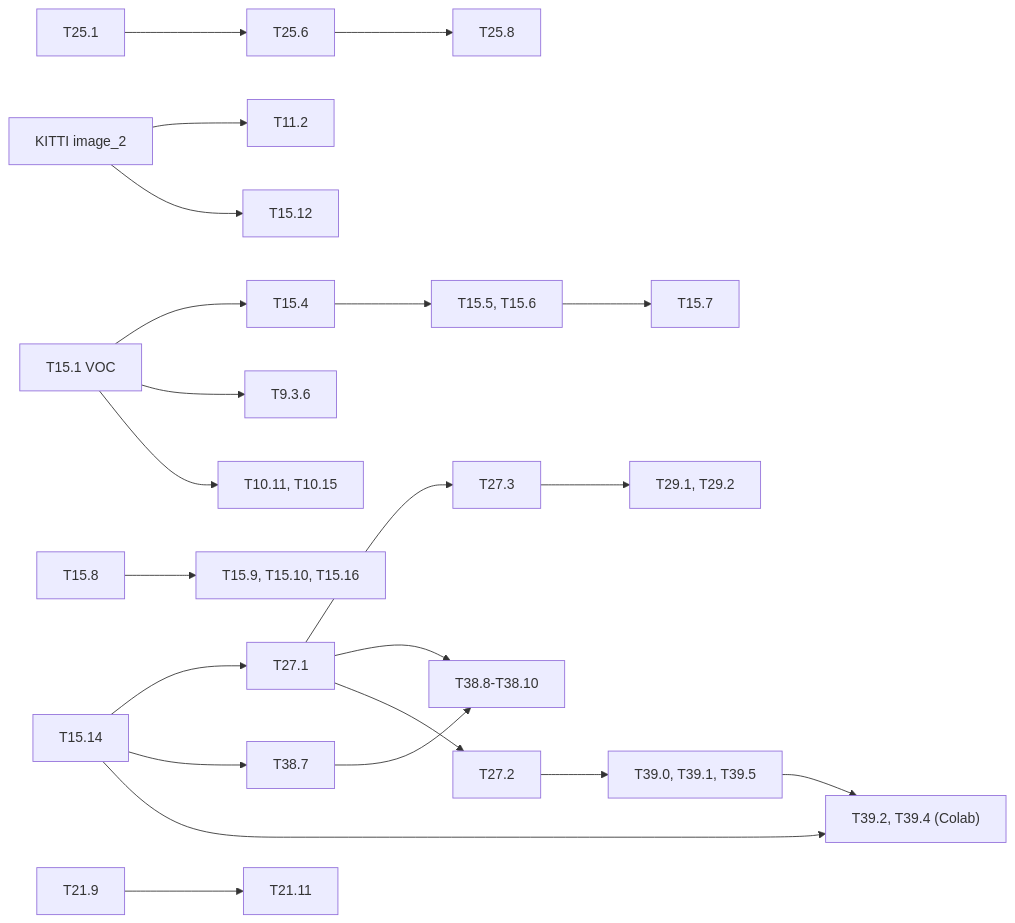
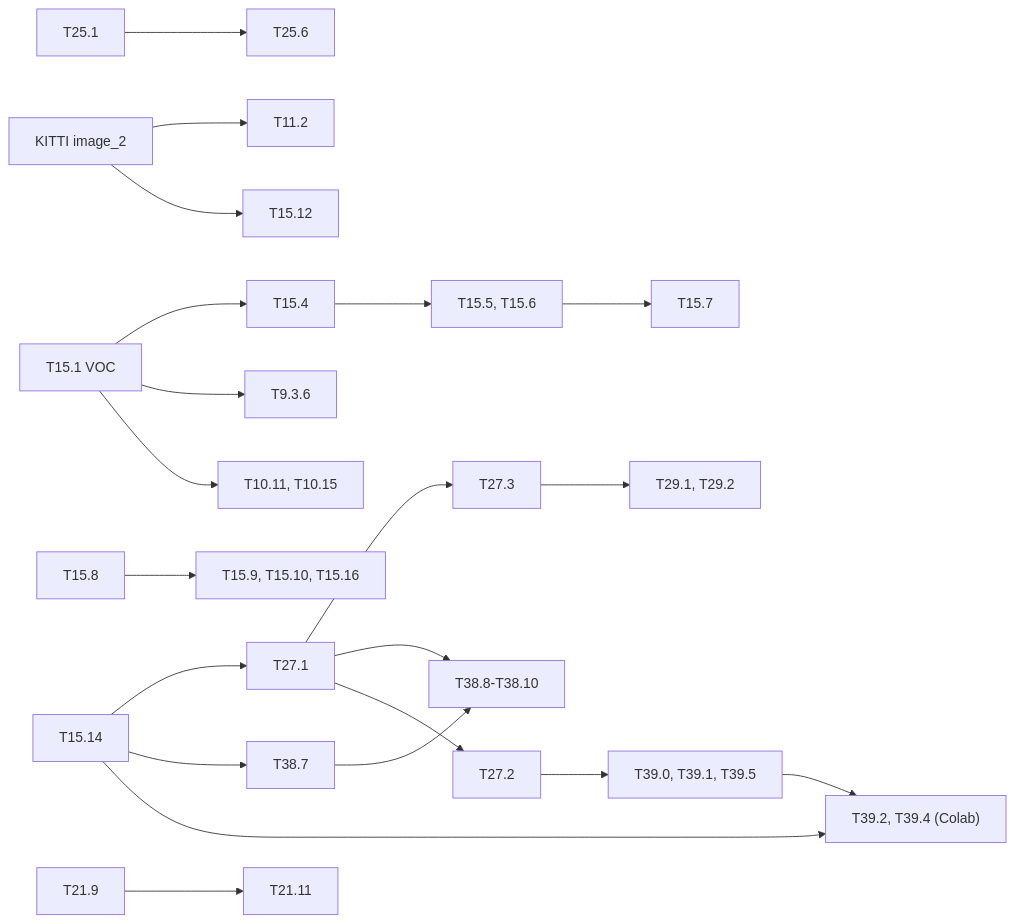
The diagram in docs/tasks/long-runs.md (lrivals/EmbeddedComputervision), drawn with Mermaid before and after one commit. The commit also changed other lines of this file and 4 other files, not shown here.

````diff
--- a/docs/tasks/long-runs.md
+++ b/docs/tasks/long-runs.md
@@ -161,14 +159,14 @@
 ```mermaid
 graph LR
   T1514[T15.14] --> T271[T27.1] --> T273[T27.3] --> T29["T29.1, T29.2"]
-  T251[T25.1] --> T256[T25.6] --> T258[T25.8]
+  T251[T25.1] --> T256[T25.6]
   KITTI["KITTI image_2"] --> T112[T11.2] & T1512[T15.12]
   T151["T15.1 VOC"] --> T154[T15.4] --> T155["T15.5, T15.6"] --> T157[T15.7]
   T151 --> T936[T9.3.6] & T1011["T10.11, T10.15"]
   T158[T15.8] --> T159["T15.9, T15.10, T15.16"]
   T219[T21.9] --> T2111[T21.11]
   T1514 --> T387[T38.7] --> T388["T38.8-T38.10"]
   T271 --> T388
   T271 --> T272[T27.2] --> T39["T39.0, T39.1, T39.5"] --> T392["T39.2, T39.4 (Colab)"]
   T1514 --> T392
 ```
````
